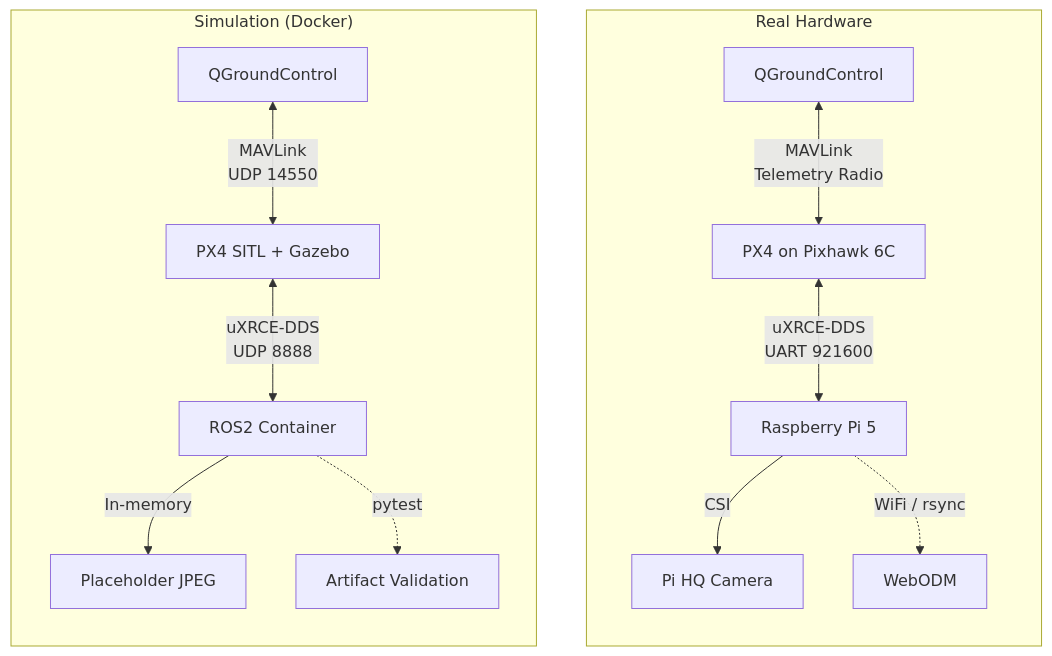
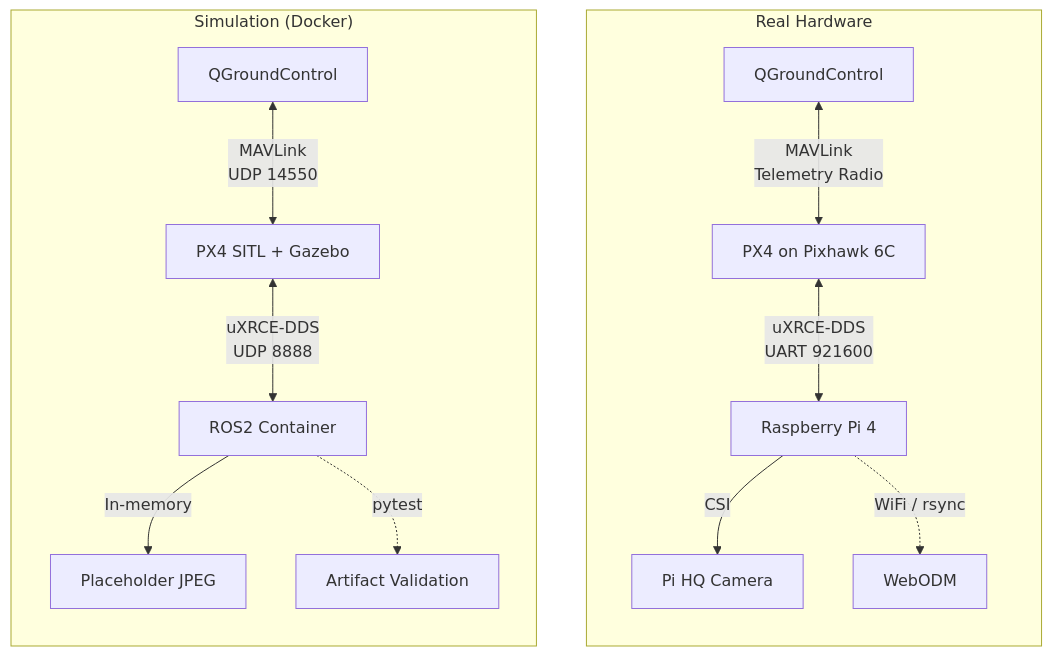
One commit to fadi-labib/bennu changed the second of 2 diagrams in docs/concepts/system-architecture.md. Above: the diagram before and after it, drawn with Mermaid. The commit also changed other lines of this file and 9 other files, not shown here.

````diff
--- a/docs/concepts/system-architecture.md
+++ b/docs/concepts/system-architecture.md
@@ -110,30 +110,30 @@
 ```mermaid
 graph TB
     subgraph Real["Real Hardware"]
         direction TB
         R_QGC[QGroundControl]
         R_PX4[PX4 on Pixhawk 6C]
-        R_PI[Raspberry Pi 5]
+        R_PI[Raspberry Pi 4]
         R_CAM[Pi HQ Camera]
         R_ODM[WebODM]
 
         R_QGC <-->|"MAVLink<br/>Telemetry Radio"| R_PX4
         R_PX4 <-->|"uXRCE-DDS<br/>UART 921600"| R_PI
         R_PI -->|"CSI"| R_CAM
         R_PI -.->|"WiFi / rsync"| R_ODM
     end
 
     subgraph Sim["Simulation (Docker)"]
         direction TB
         S_QGC[QGroundControl]
         S_PX4[PX4 SITL + Gazebo]
         S_ROS2[ROS2 Container]
         S_CAM[Placeholder JPEG]
         S_VAL[Artifact Validation]
 
         S_QGC <-->|"MAVLink<br/>UDP 14550"| S_PX4
         S_PX4 <-->|"uXRCE-DDS<br/>UDP 8888"| S_ROS2
         S_ROS2 -->|"In-memory"| S_CAM
         S_ROS2 -.->|"pytest"| S_VAL
     end
 ```
````
